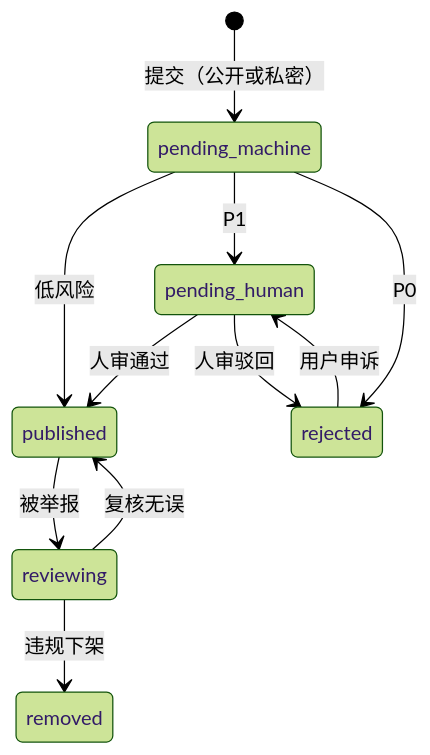
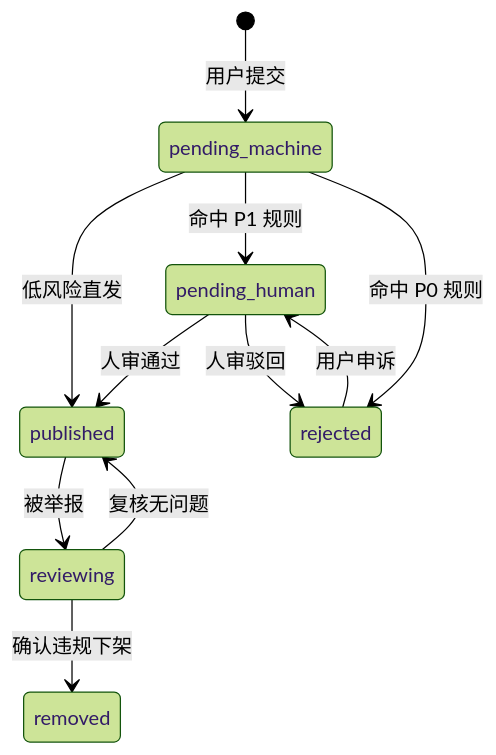
Before and after one commit to Clover1218/CareerQ: the third of 3 diagrams in docs/技术方案-CareerQ.md, drawn with Mermaid (forest theme). The commit also changed other lines of this file and 32 other files, not shown here.

````diff
--- a/docs/技术方案-CareerQ.md
+++ b/docs/技术方案-CareerQ.md
@@ -124,13 +115,13 @@
 ```mermaid
 stateDiagram-v2
-    [*] --> pending_machine: 提交（公开或私密）
-    pending_machine --> published: 低风险
-    pending_machine --> pending_human: P1
-    pending_machine --> rejected: P0
+    [*] --> pending_machine: 用户提交
+    pending_machine --> published: 低风险直发
+    pending_machine --> pending_human: 命中 P1 规则
+    pending_machine --> rejected: 命中 P0 规则
     pending_human --> published: 人审通过
     pending_human --> rejected: 人审驳回
     published --> reviewing: 被举报
-    reviewing --> published: 复核无误
-    reviewing --> removed: 违规下架
+    reviewing --> published: 复核无问题
+    reviewing --> removed: 确认违规下架
     rejected --> pending_human: 用户申诉
 ```
````
